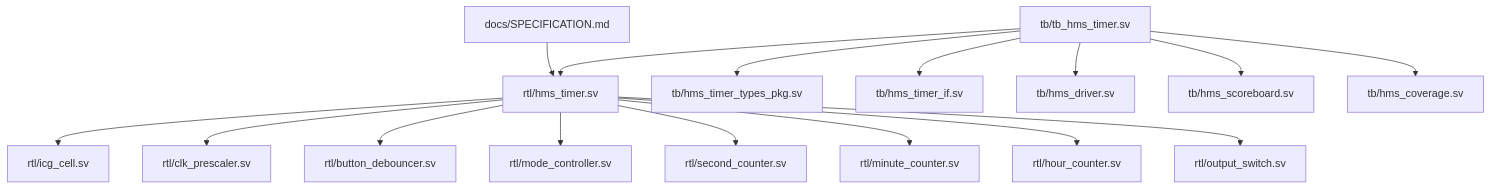
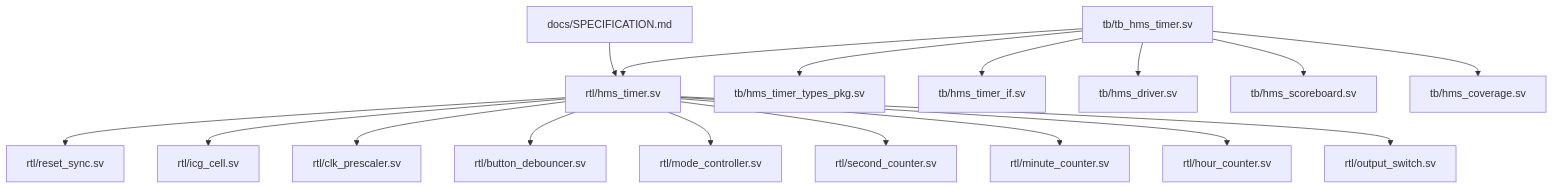
Before and after one commit to ngobinh1/Digital_Clock: the diagram in repo_map.md, drawn with Mermaid. The commit also changed other lines of this file and 14 other files, not shown here.

Commit message:
feat(rtl,spec): integrate reset_sync module with 2-stage FF synchronizer, Draw.io/WaveDrom diagrams, and formal specification

````diff
--- a/repo_map.md
+++ b/repo_map.md
@@ -41,19 +41,20 @@
 ```mermaid
 graph TD
     SPEC["docs/SPECIFICATION.md"] --> TOP["rtl/hms_timer.sv"]
+    TOP --> RST["rtl/reset_sync.sv"]
     TOP --> ICG["rtl/icg_cell.sv"]
     TOP --> PSC["rtl/clk_prescaler.sv"]
     TOP --> DEB["rtl/button_debouncer.sv"]
     TOP --> FSM["rtl/mode_controller.sv"]
     TOP --> SEC["rtl/second_counter.sv"]
     TOP --> MIN["rtl/minute_counter.sv"]
     TOP --> HR["rtl/hour_counter.sv"]
     TOP --> MUX["rtl/output_switch.sv"]
 
     TB["tb/tb_hms_timer.sv"] --> PKG["tb/hms_timer_types_pkg.sv"]
     TB --> IF["tb/hms_timer_if.sv"]
     TB --> DRV["tb/hms_driver.sv"]
     TB --> SCB["tb/hms_scoreboard.sv"]
     TB --> COV["tb/hms_coverage.sv"]
     TB --> TOP
 ```
````
